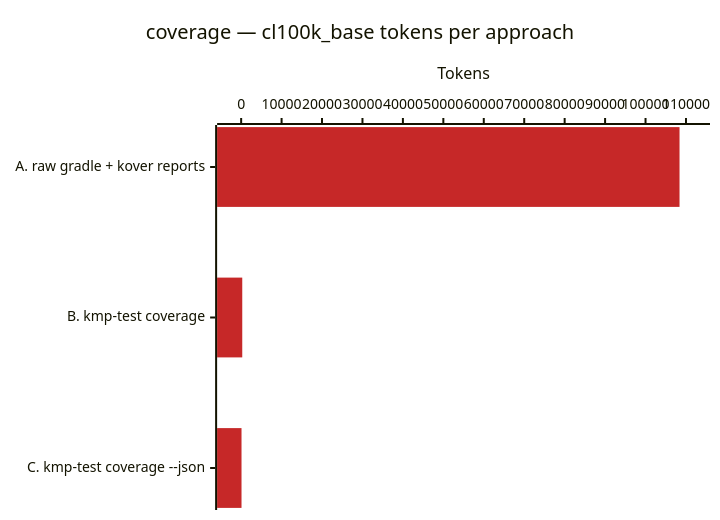
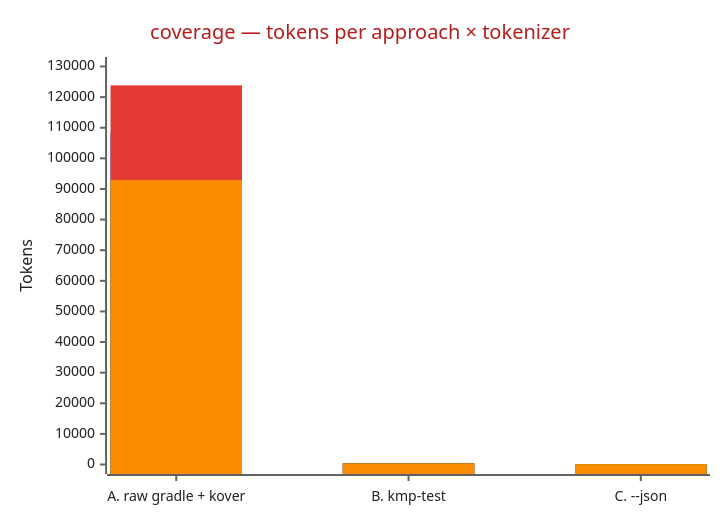
Before and after one commit to oscardlfr/kmp-test-runner: the third of 5 diagrams in README.md, drawn with Mermaid. The commit also changed other lines of this file and 1 other file, not shown here.

First line of the commit message:
docs(tools): modernize Mermaid charts (multi-series + vivid palette) + anonymize project names

````diff
--- a/README.md
+++ b/README.md
@@ -50,8 +63,11 @@
 ```mermaid
-%%{init: {'theme':'base','themeVariables':{'xyChart':{'plotColorPalette':'#c62828'},'fontFamily':'monospace','fontSize':'14px'}}}%%
-xychart-beta horizontal
-    title "coverage — cl100k_base tokens per approach"
-    x-axis ["A. raw gradle + kover reports", "B. kmp-test coverage", "C. kmp-test coverage --json"]
-    y-axis "Tokens" 0 --> 110000
+%%{init: {'theme':'base','themeVariables':{'xyChart':{'backgroundColor':'transparent','plotColorPalette':'#3949ab, #e53935, #43a047, #fb8c00','titleColor':'#b71c1c','xAxisLabelColor':'#212121','yAxisLabelColor':'#212121','xAxisTitleColor':'#212121','yAxisTitleColor':'#212121','xAxisLineColor':'#616161','yAxisLineColor':'#616161','xAxisTickColor':'#616161','yAxisTickColor':'#616161','titleFontSize':'17'},'fontFamily':'system-ui, -apple-system, Segoe UI, sans-serif','fontSize':'13px'}}}%%
+xychart-beta
+    title "coverage — tokens per approach × tokenizer"
+    x-axis ["A. raw gradle + kover", "B. kmp-test", "C. --json"]
+    y-axis "Tokens" 0 --> 130000
     bar [108405, 273, 89]
+    bar [123845, 482, 162]
+    bar [92940, 317, 109]
+    bar [92940, 317, 109]
 ```
````
